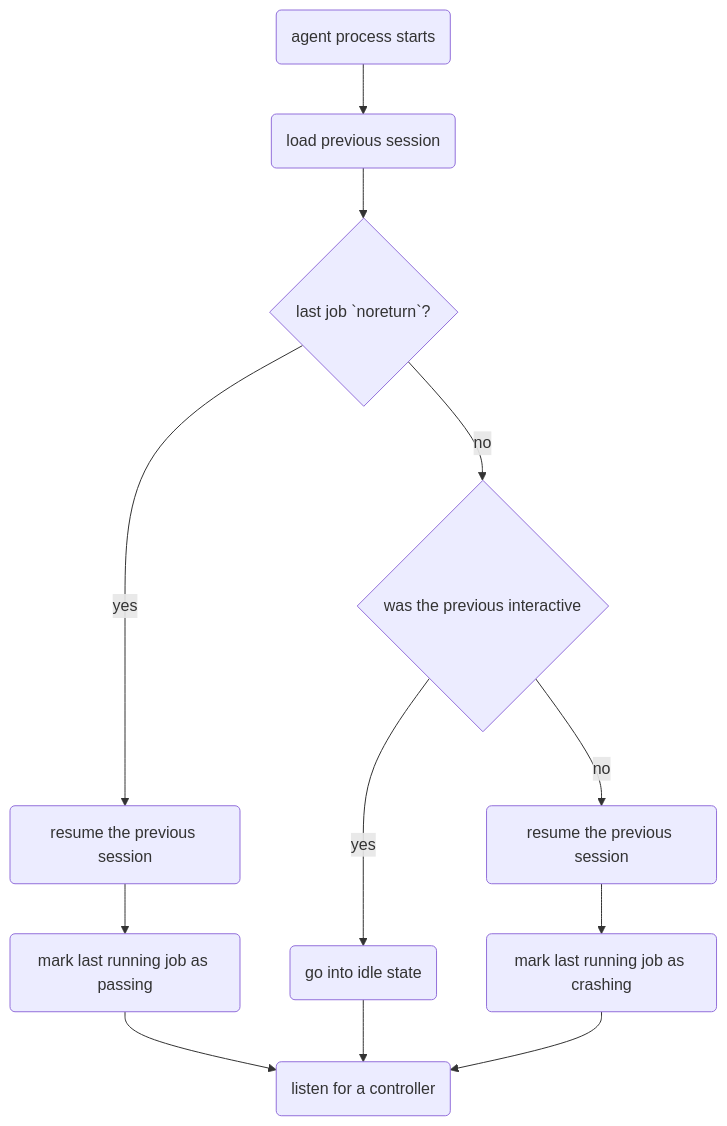
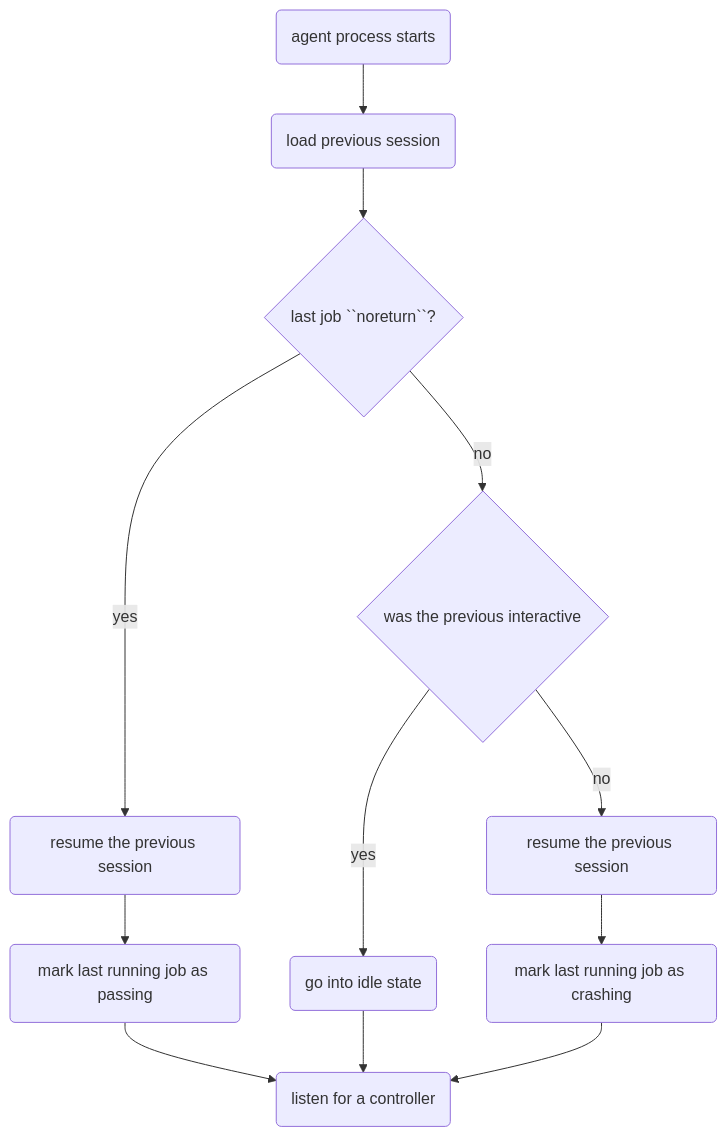
Before and after one commit to canonical/checkbox: the diagram in docs/explanation/remote.rst, drawn with Mermaid.

Commit message:
surrender to pyspelling

```diff
--- a/docs/explanation/remote.rst
+++ b/docs/explanation/remote.rst
@@ -110,27 +110,27 @@
 .. mermaid::
 
   graph TD;
 
-  proc("agent process starts")
+  process("agent process starts")
     load("load previous session")
     resume("resume the previous session")
     resume_crashed("resume the previous session")
     interactive{"was the previous interactive"}
     mark_pass("mark last running job as passing")
     mark_crash("mark last running job as crashing")
     idle("go into idle state")
     listen("listen for a controller")
-    proc --> load
-    last_job{"last job `noreturn`?"}
+    process --> load
+    last_job{"last job ``noreturn``?"}
     load -->last_job
     last_job-->|yes| resume
     resume --> mark_pass
 
     last_job-->|no| interactive
     interactive-->|yes| idle
     idle --> listen
     mark_pass --> listen
 
     interactive-->|no| resume_crashed
     resume_crashed --> mark_crash
     mark_crash --> listen
```
